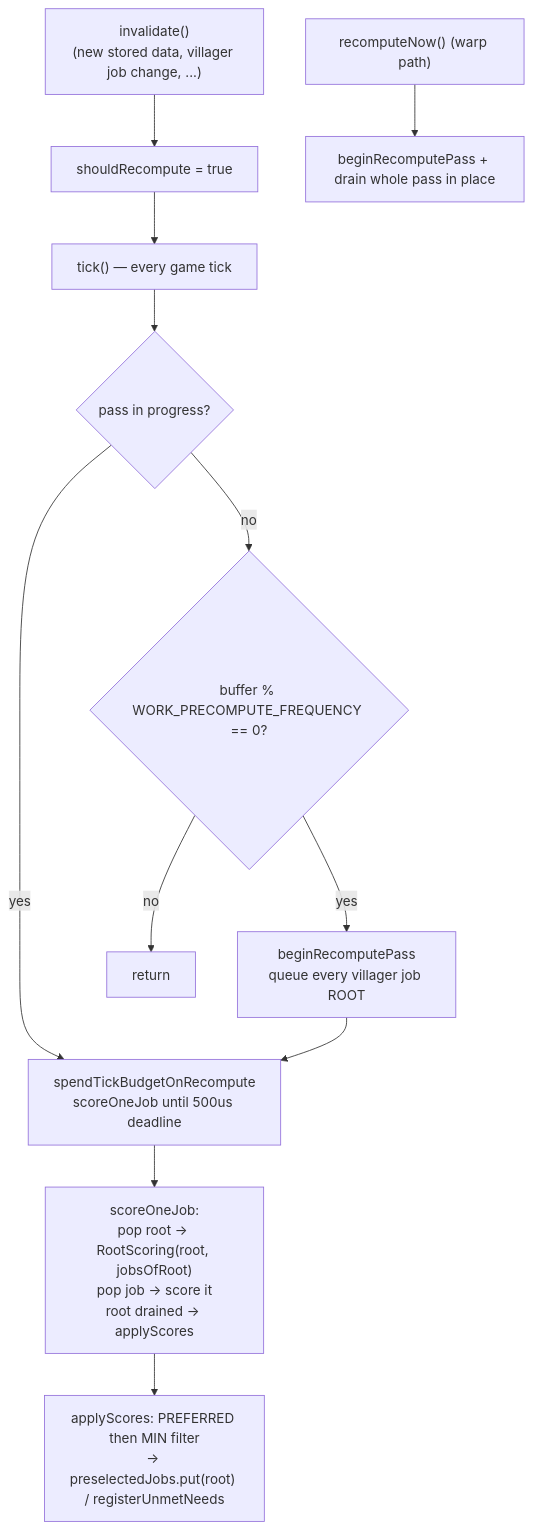
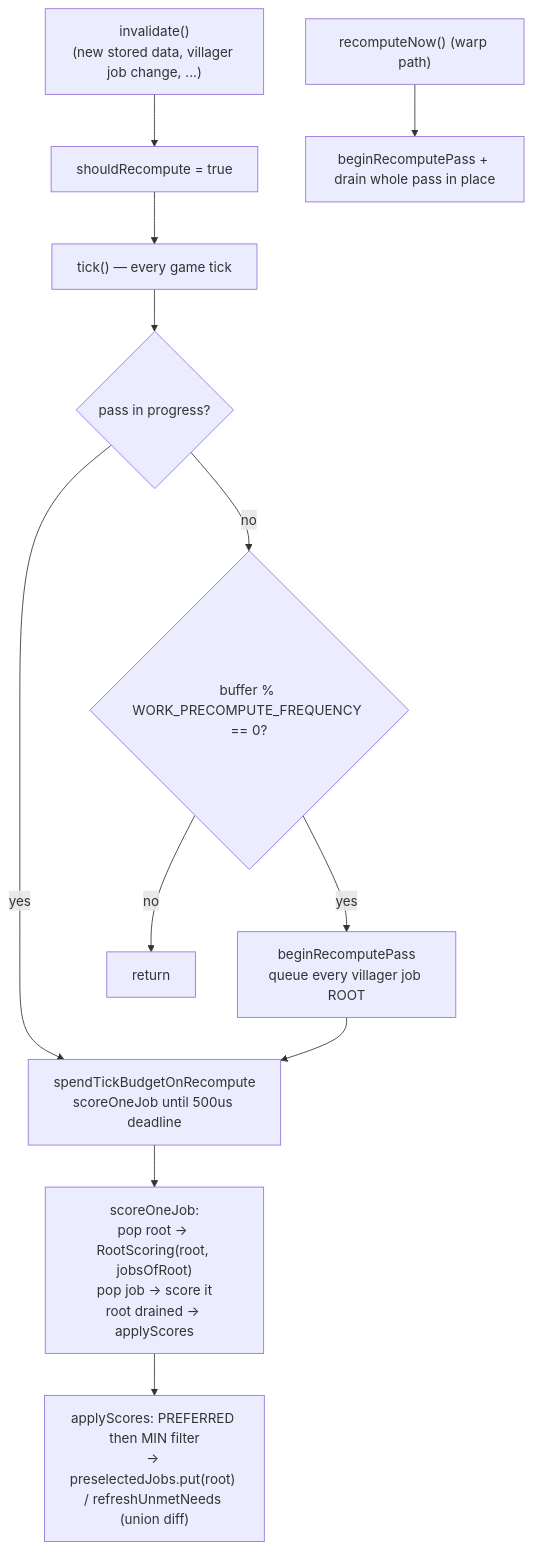
Before and after one commit to bradsk88/Questown: the seventh of 8 diagrams in src/main/java/ca/bradj/questown/town/COMPLEX.md, drawn with Mermaid. The commit also changed other lines of this file and 7 other files, not shown here.

````diff
--- a/src/main/java/ca/bradj/questown/town/COMPLEX.md
+++ b/src/main/java/ca/bradj/questown/town/COMPLEX.md
@@ -311,16 +311,16 @@
 ```mermaid
 flowchart TD
     Inv["invalidate()<br/>(new stored data, villager job change, ...)"] --> Flag["shouldRecompute = true"]
     Flag --> Tick["tick() — every game tick"]
     Tick --> InProg{"pass in progress?"}
     InProg -- yes --> Budget["spendTickBudgetOnRecompute<br/>scoreOneJob until 500us deadline"]
     InProg -- no --> Buf{"buffer % WORK_PRECOMPUTE_FREQUENCY == 0?"}
     Buf -- no --> Wait["return"]
     Buf -- yes --> Begin["beginRecomputePass<br/>queue every villager job ROOT"]
     Begin --> Budget
 
     Budget --> One["scoreOneJob:<br/>pop root → RootScoring(root, jobsOfRoot)<br/>pop job → score it<br/>root drained → applyScores"]
-    One --> Apply["applyScores: PREFERRED then MIN filter<br/>→ preselectedJobs.put(root) / registerUnmetNeeds"]
+    One --> Apply["applyScores: PREFERRED then MIN filter<br/>→ preselectedJobs.put(root) / refreshUnmetNeeds (union diff)"]
 
     Warp["recomputeNow() (warp path)"] --> Drain["beginRecomputePass + drain whole pass in place"]
 ```
````
